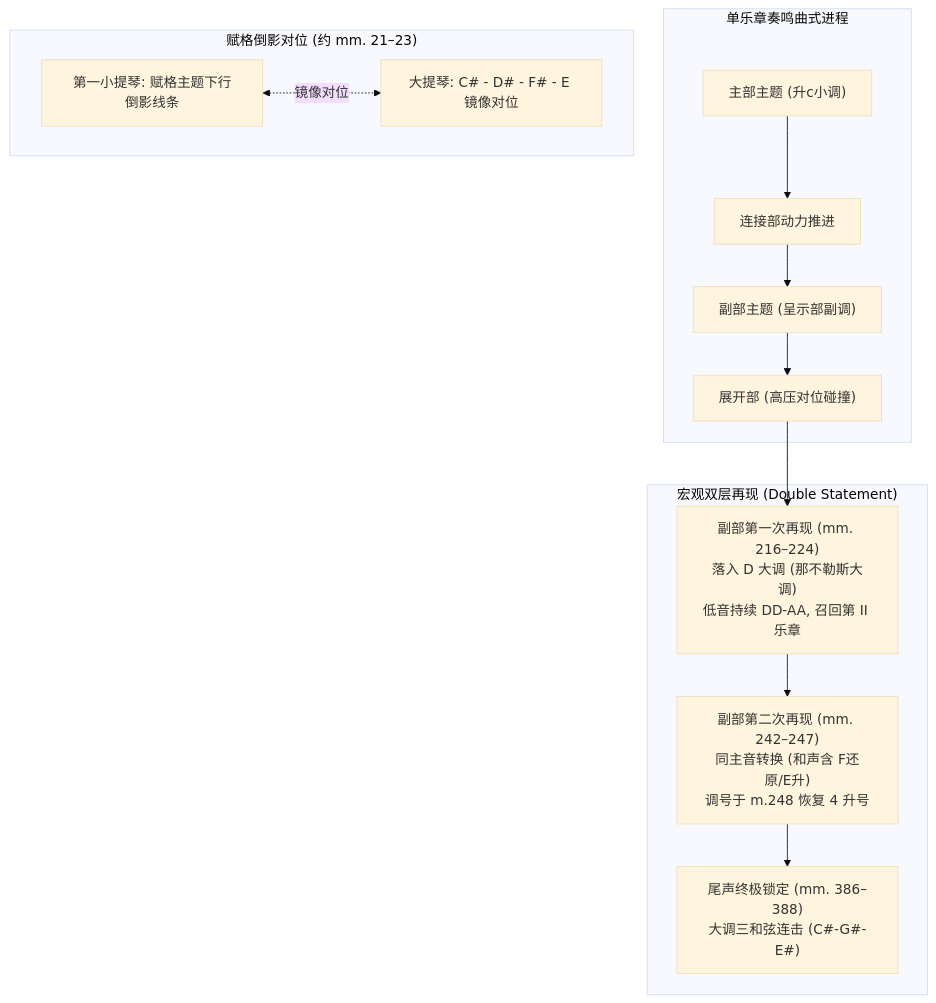
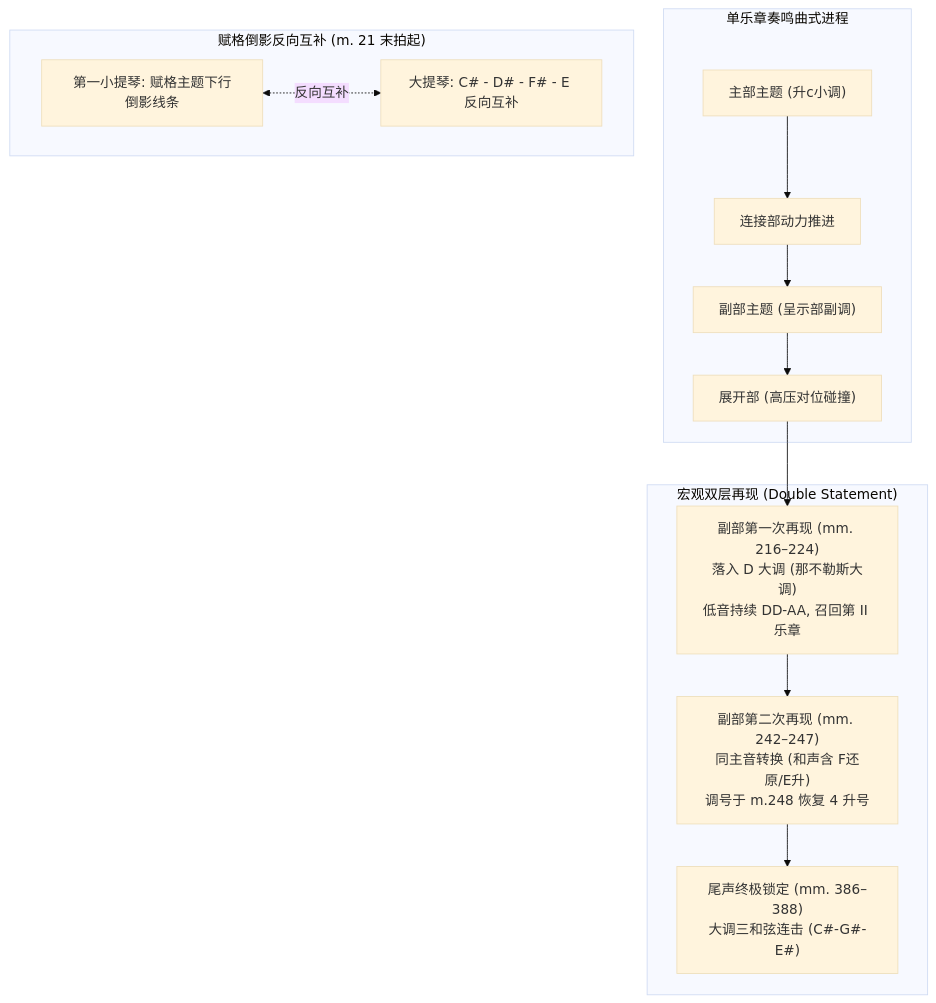
The second of 2 diagrams in content/techniques/structure/teleological-multimovement-integration.md (OpenCadenza/music-wiki), drawn with Mermaid (base theme) before and after one commit. The commit also changed other lines of this file and 10 other files, not shown here.

````diff
--- a/content/techniques/structure/teleological-multimovement-integration.md
+++ b/content/techniques/structure/teleological-multimovement-integration.md
@@ -171,20 +171,20 @@
 ```mermaid
 flowchart TD
     subgraph SingleMvt ["单乐章奏鸣曲式进程"]
         P1["主部主题 (升c小调)"] --> TR1["连接部动力推进"]
         TR1 --> S1_Dev["副部主题 (呈示部副调)"]
         S1_Dev --> Dev["展开部 (高压对位碰撞)"]
     end
 
     subgraph DoubleRecap ["宏观双层再现 (Double Statement)"]
         Dev --> S_Neap["副部第一次再现 (mm. 216–224)<br>落入 D 大调 (那不勒斯大调)<br>低音持续 DD-AA, 召回第 II 乐章"]
         S_Neap --> S_Tonic["副部第二次再现 (mm. 242–247)<br>同主音转换 (和声含 F还原/E升)<br>调号于 m.248 恢复 4 升号"]
         S_Tonic --> Coda["尾声终极锁定 (mm. 386–388)<br>大调三和弦连击 (C#-G#-E#)"]
     end
 
-    subgraph InversionMotif ["赋格倒影对位 (约 mm. 21–23)"]
+    subgraph InversionMotif ["赋格倒影反向互补 (m. 21 末拍起)"]
         V1["第一小提琴: 赋格主题下行倒影线条"]
-        VC["大提琴: C# - D# - F# - E 镜像对位"]
-        V1 <.->|"镜像对位"| VC
+        VC["大提琴: C# - D# - F# - E 反向互补"]
+        V1 <.->|"反向互补"| VC
     end
 ```
````
